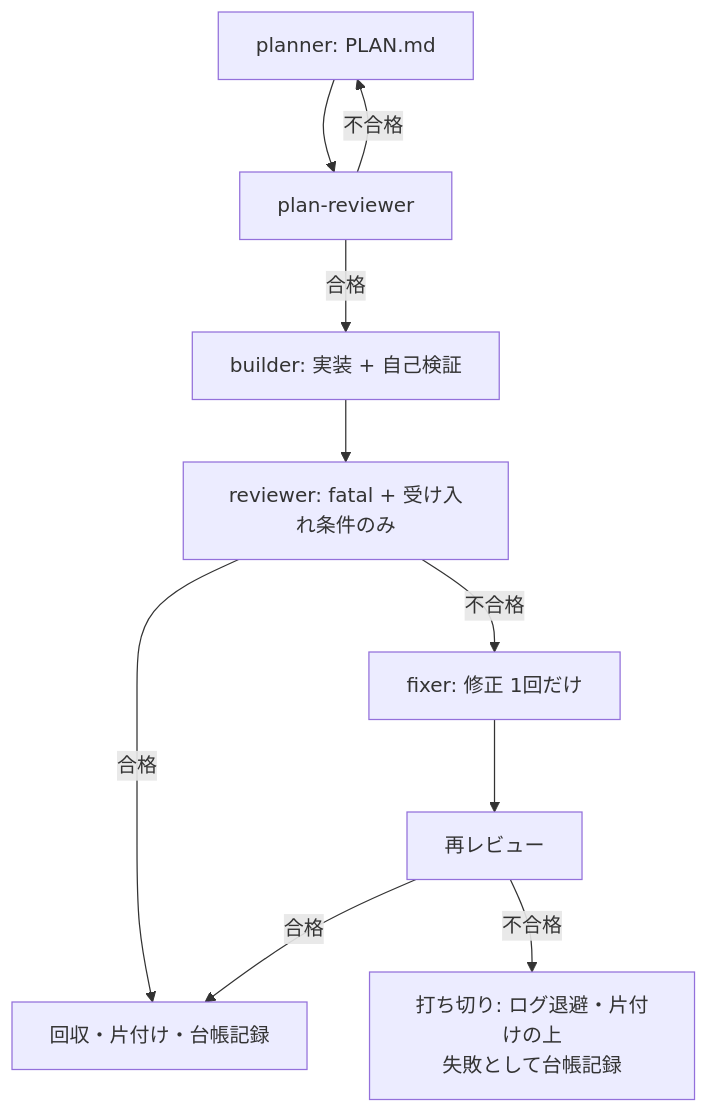
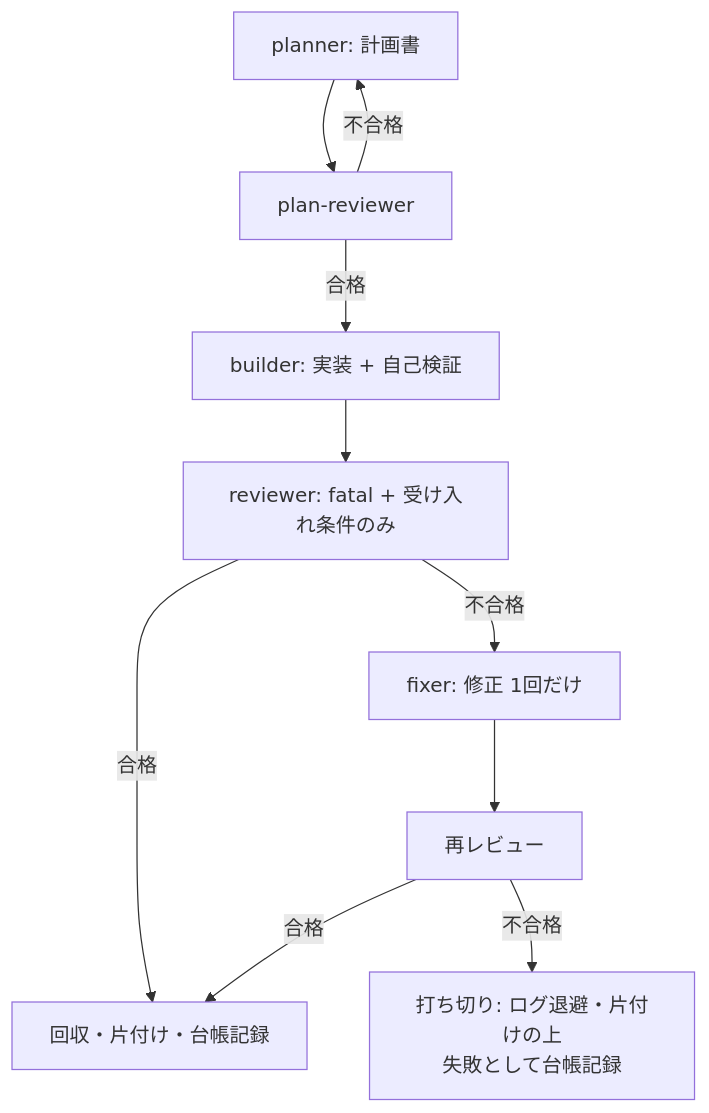
The diagram in shared/skills/herdr-multiagent-dev/SKILL.md (hondazn/aimod), drawn with Mermaid before and after one commit. The commit also changed other lines of this file and 2 other files, not shown here.

First line of the commit message:
feat(code-perfection-multiagent): PLAN.md固定をやめ全体計画とラウンド計画に分ける

````diff
--- a/shared/skills/herdr-multiagent-dev/SKILL.md
+++ b/shared/skills/herdr-multiagent-dev/SKILL.md
@@ -37,12 +37,12 @@
 ```mermaid
 flowchart TD
-    P[planner: PLAN.md] --> PR[plan-reviewer]
+    P[planner: 計画書] --> PR[plan-reviewer]
     PR -->|不合格| P
     PR -->|合格| B[builder: 実装 + 自己検証]
     B --> R[reviewer: fatal + 受け入れ条件のみ]
     R -->|合格| DONE[回収・片付け・台帳記録]
     R -->|不合格| F[fixer: 修正 1回だけ]
     F --> R2[再レビュー]
     R2 -->|合格| DONE
     R2 -->|不合格| ABORT[打ち切り: ログ退避・片付けの上<br/>失敗として台帳記録]
 ```
````
